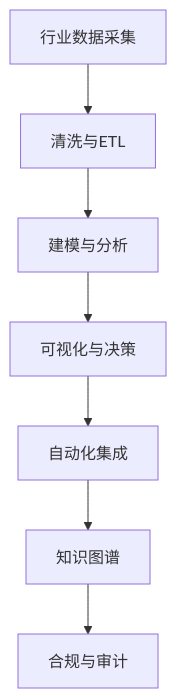
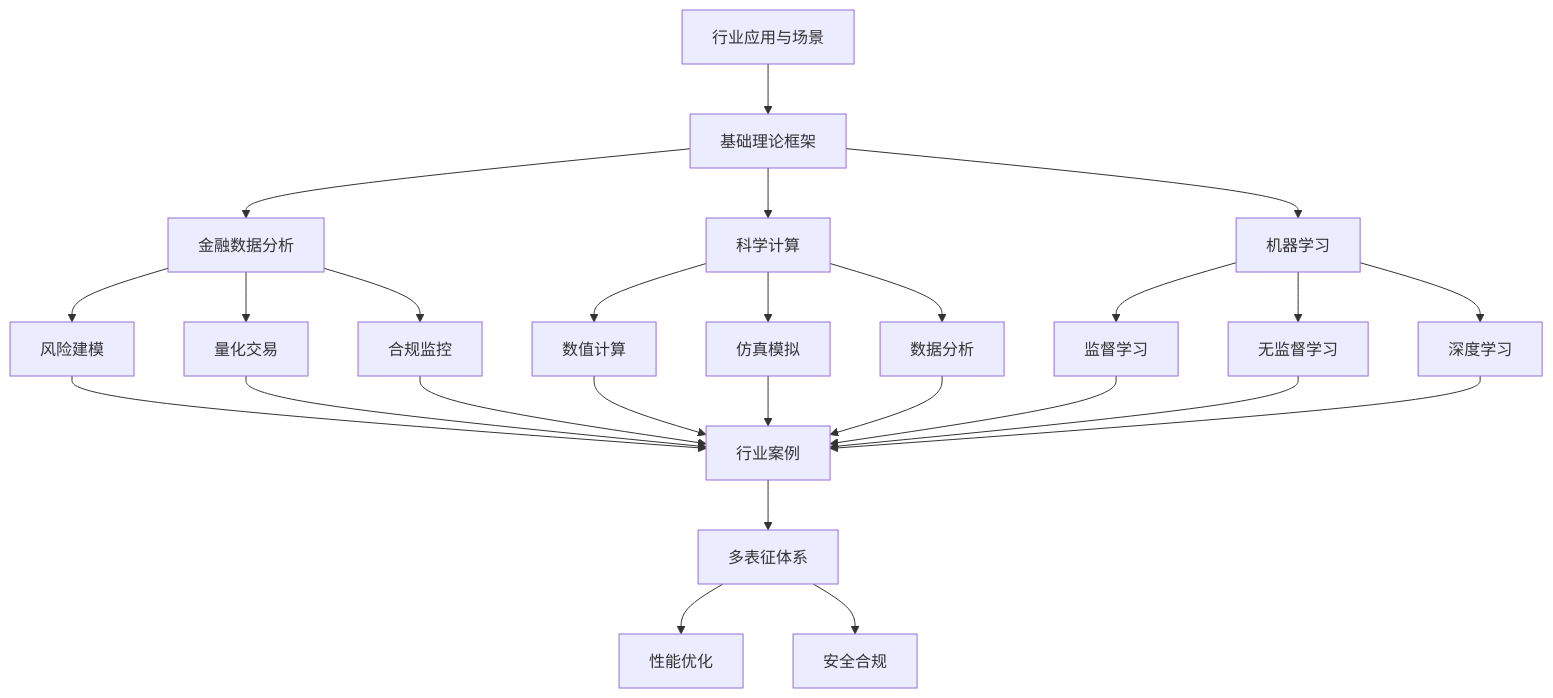
One commit to AdaMartin18010/Data-Science changed the diagram in Analysis/5-行业应用与场景/README.md. Above: the diagram before and after it, drawn with Mermaid. The commit also changed other lines of this file and 20 other files, not shown here.

````diff
--- a/Analysis/5-行业应用与场景/README.md
+++ b/Analysis/5-行业应用与场景/README.md
@@ -23,9 +22,20 @@
 ```mermaid
 flowchart TD
-  F[行业数据采集] --> C[清洗与ETL]
-  C --> M[建模与分析]
-  M --> V[可视化与决策]
-  V --> A[自动化集成]
-  A --> K[知识图谱]
-  K --> R[合规与审计]
+  A[行业应用与场景] --> B[基础理论框架]
+  B --> C1[金融数据分析]
+  B --> C2[科学计算]
+  B --> C3[机器学习]
+  C1 --> D[风险建模]
+  C1 --> E[量化交易]
+  C1 --> F[合规监控]
+  C2 --> G[数值计算]
+  C2 --> H[仿真模拟]
+  C2 --> I[数据分析]
+  C3 --> J[监督学习]
+  C3 --> K[无监督学习]
+  C3 --> L[深度学习]
+  D & E & F & G & H & I & J & K & L --> M[行业案例]
+  M --> N[多表征体系]
+  N --> O[性能优化]
+  N --> P[安全合规]
 ```
````
